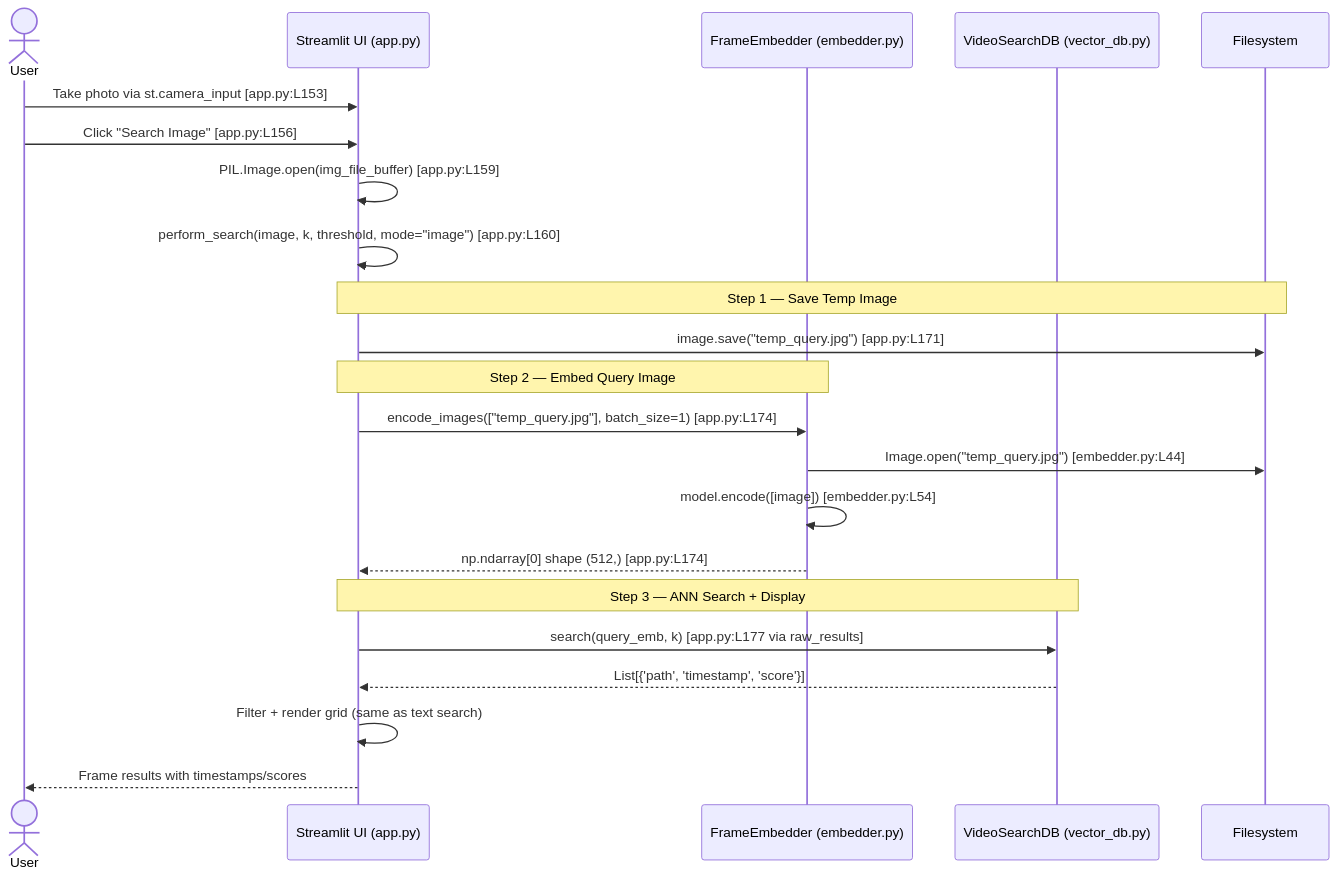
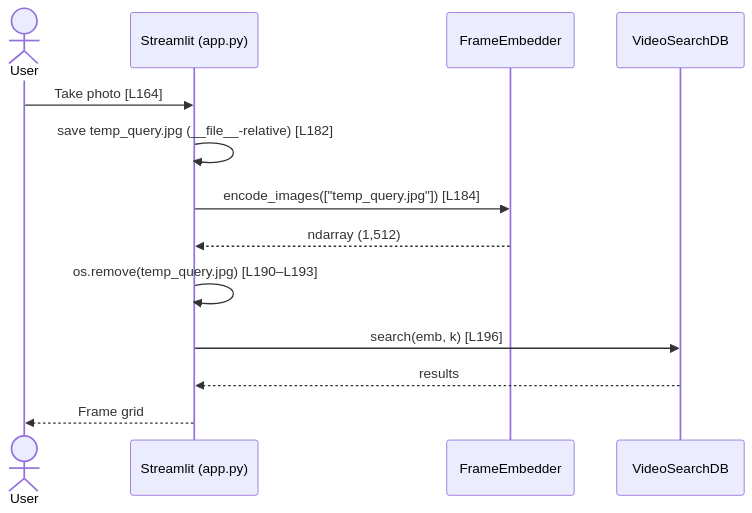
One commit to pypi-ahmad/v-rag-video-search changed the third of 3 diagrams in docs/FLOWS.md. Above: the diagram before and after it, drawn with Mermaid. The commit also changed other lines of this file and 11 other files, not shown here.

````diff
--- a/docs/FLOWS.md
+++ b/docs/FLOWS.md
@@ -107,28 +56,16 @@
 ```mermaid
 sequenceDiagram
     actor User
-    participant UI as Streamlit UI (app.py)
-    participant FE as FrameEmbedder (embedder.py)
-    participant DB as VideoSearchDB (vector_db.py)
-    participant FS as Filesystem
+    participant UI as Streamlit (app.py)
+    participant FE as FrameEmbedder
+    participant DB as VideoSearchDB
 
-    User->>UI: Take photo via st.camera_input [app.py:L153]
-    User->>UI: Click "Search Image" [app.py:L156]
-    UI->>UI: PIL.Image.open(img_file_buffer) [app.py:L159]
-    UI->>UI: perform_search(image, k, threshold, mode="image") [app.py:L160]
-
-    Note over UI,FS: Step 1 — Save Temp Image
-    UI->>FS: image.save("temp_query.jpg") [app.py:L171]
-
-    Note over UI,FE: Step 2 — Embed Query Image
-    UI->>FE: encode_images(["temp_query.jpg"], batch_size=1) [app.py:L174]
-    FE->>FS: Image.open("temp_query.jpg") [embedder.py:L44]
-    FE->>FE: model.encode([image]) [embedder.py:L54]
-    FE-->>UI: np.ndarray[0] shape (512,) [app.py:L174]
-
-    Note over UI,DB: Step 3 — ANN Search + Display
-    UI->>DB: search(query_emb, k) [app.py:L177 via raw_results]
-    DB-->>UI: List[{'path', 'timestamp', 'score'}]
-    UI->>UI: Filter + render grid (same as text search)
-    UI-->>User: Frame results with timestamps/scores
+    User->>UI: Take photo [L164]
+    UI->>UI: save temp_query.jpg (__file__-relative) [L182]
+    UI->>FE: encode_images(["temp_query.jpg"]) [L184]
+    FE-->>UI: ndarray (1,512)
+    UI->>UI: os.remove(temp_query.jpg) [L190–L193]
+    UI->>DB: search(emb, k) [L196]
+    DB-->>UI: results
+    UI-->>User: Frame grid
 ```
````
